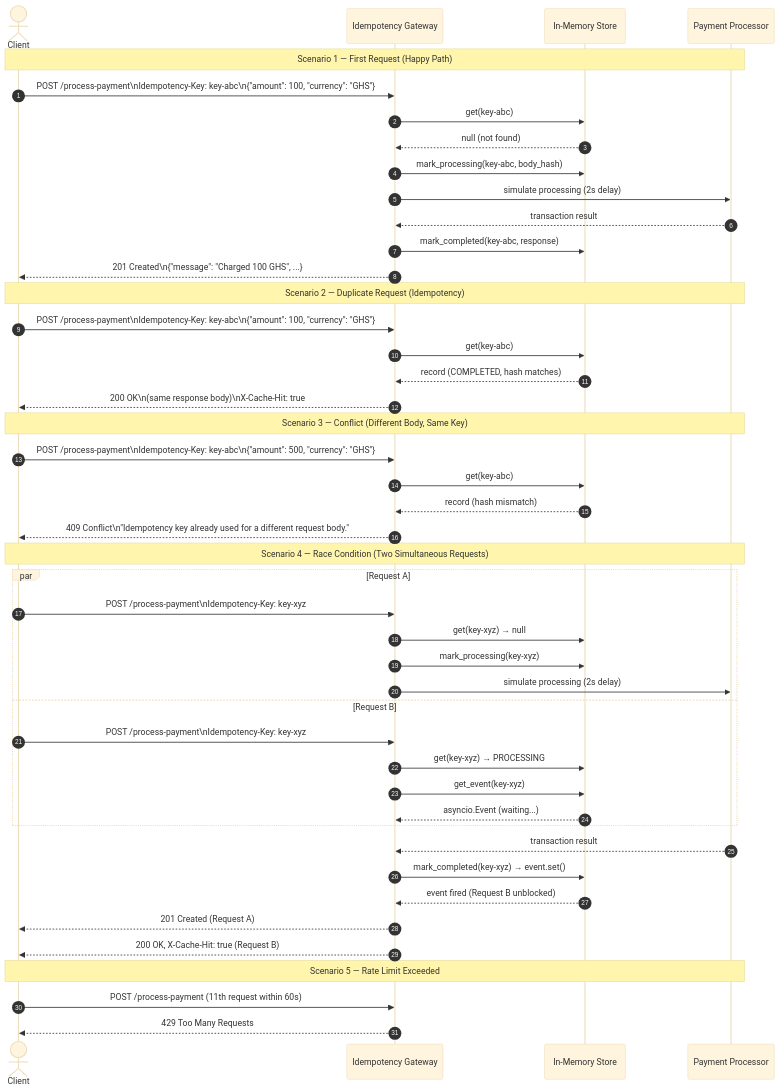
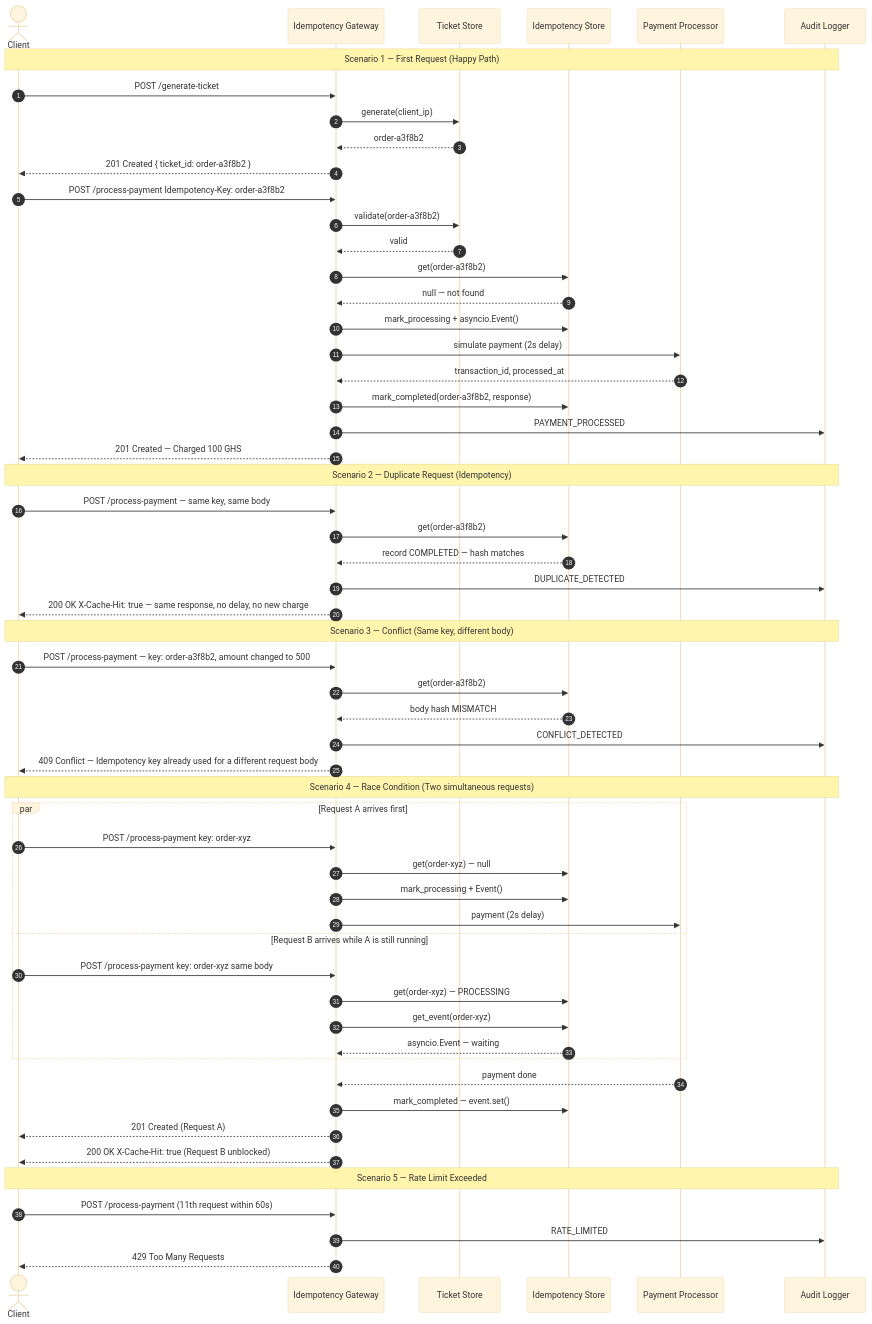
One commit to doanane/Idempotency-Gateway changed the diagram in docs/sequence_diagram.md. Above: the diagram before and after it, drawn with Mermaid (base theme). The commit also changed other lines of this file, not shown here.

Commit message:
update sequence diagram with image and full scenario coverage

````diff
--- a/docs/sequence_diagram.md
+++ b/docs/sequence_diagram.md
@@ -5,52 +9,63 @@
 ```mermaid
 sequenceDiagram
     autonumber
     actor Client
-    participant Gateway as Idempotency Gateway
-    participant Store as In-Memory Store
-    participant Payment as Payment Processor
+    participant GW as Idempotency Gateway
+    participant TS as Ticket Store
+    participant IS as Idempotency Store
+    participant PP as Payment Processor
+    participant AL as Audit Logger
 
-    note over Client,Payment: Scenario 1 — First Request (Happy Path)
-    Client->>Gateway: POST /process-payment\nIdempotency-Key: key-abc\n{"amount": 100, "currency": "GHS"}
-    Gateway->>Store: get(key-abc)
-    Store-->>Gateway: null (not found)
-    Gateway->>Store: mark_processing(key-abc, body_hash)
-    Gateway->>Payment: simulate processing (2s delay)
-    Payment-->>Gateway: transaction result
-    Gateway->>Store: mark_completed(key-abc, response)
-    Gateway-->>Client: 201 Created\n{"message": "Charged 100 GHS", ...}
+    note over Client,AL: Scenario 1 — First Request (Happy Path)
+    Client->>GW: POST /generate-ticket
+    GW->>TS: generate(client_ip)
+    TS-->>GW: order-a3f8b2
+    GW-->>Client: 201 Created { ticket_id: order-a3f8b2 }
+    Client->>GW: POST /process-payment Idempotency-Key: order-a3f8b2
+    GW->>TS: validate(order-a3f8b2)
+    TS-->>GW: valid
+    GW->>IS: get(order-a3f8b2)
+    IS-->>GW: null — not found
+    GW->>IS: mark_processing + asyncio.Event()
+    GW->>PP: simulate payment (2s delay)
+    PP-->>GW: transaction_id, processed_at
+    GW->>IS: mark_completed(order-a3f8b2, response)
+    GW->>AL: PAYMENT_PROCESSED
+    GW-->>Client: 201 Created — Charged 100 GHS
 
-    note over Client,Payment: Scenario 2 — Duplicate Request (Idempotency)
-    Client->>Gateway: POST /process-payment\nIdempotency-Key: key-abc\n{"amount": 100, "currency": "GHS"}
-    Gateway->>Store: get(key-abc)
-    Store-->>Gateway: record (COMPLETED, hash matches)
-    Gateway-->>Client: 200 OK\n(same response body)\nX-Cache-Hit: true
+    note over Client,AL: Scenario 2 — Duplicate Request (Idempotency)
+    Client->>GW: POST /process-payment — same key, same body
+    GW->>IS: get(order-a3f8b2)
+    IS-->>GW: record COMPLETED — hash matches
+    GW->>AL: DUPLICATE_DETECTED
+    GW-->>Client: 200 OK X-Cache-Hit: true — same response, no delay, no new charge
 
-    note over Client,Payment: Scenario 3 — Conflict (Different Body, Same Key)
-    Client->>Gateway: POST /process-payment\nIdempotency-Key: key-abc\n{"amount": 500, "currency": "GHS"}
-    Gateway->>Store: get(key-abc)
-    Store-->>Gateway: record (hash mismatch)
-    Gateway-->>Client: 409 Conflict\n"Idempotency key already used for a different request body."
+    note over Client,AL: Scenario 3 — Conflict (Same key, different body)
+    Client->>GW: POST /process-payment — key: order-a3f8b2, amount changed to 500
+    GW->>IS: get(order-a3f8b2)
+    IS-->>GW: body hash MISMATCH
+    GW->>AL: CONFLICT_DETECTED
+    GW-->>Client: 409 Conflict — Idempotency key already used for a different request body
 
-    note over Client,Payment: Scenario 4 — Race Condition (Two Simultaneous Requests)
-    par Request A
-        Client->>Gateway: POST /process-payment\nIdempotency-Key: key-xyz
-        Gateway->>Store: get(key-xyz) → null
-        Gateway->>Store: mark_processing(key-xyz)
-        Gateway->>Payment: simulate processing (2s delay)
-    and Request B
-        Client->>Gateway: POST /process-payment\nIdempotency-Key: key-xyz
-        Gateway->>Store: get(key-xyz) → PROCESSING
-        Gateway->>Store: get_event(key-xyz)
-        Store-->>Gateway: asyncio.Event (waiting...)
+    note over Client,AL: Scenario 4 — Race Condition (Two simultaneous requests)
+    par Request A arrives first
+        Client->>GW: POST /process-payment key: order-xyz
+        GW->>IS: get(order-xyz) — null
+        GW->>IS: mark_processing + Event()
+        GW->>PP: payment (2s delay)
+    and Request B arrives while A is still running
+        Client->>GW: POST /process-payment key: order-xyz same body
+        GW->>IS: get(order-xyz) — PROCESSING
+        GW->>IS: get_event(order-xyz)
+        IS-->>GW: asyncio.Event — waiting
     end
-    Payment-->>Gateway: transaction result
-    Gateway->>Store: mark_completed(key-xyz) → event.set()
-    Store-->>Gateway: event fired (Request B unblocked)
-    Gateway-->>Client: 201 Created (Request A)
-    Gateway-->>Client: 200 OK, X-Cache-Hit: true (Request B)
+    PP-->>GW: payment done
+    GW->>IS: mark_completed — event.set()
+    GW-->>Client: 201 Created (Request A)
+    GW-->>Client: 200 OK X-Cache-Hit: true (Request B unblocked)
 
-    note over Client,Payment: Scenario 5 — Rate Limit Exceeded
-    Client->>Gateway: POST /process-payment (11th request within 60s)
-    Gateway-->>Client: 429 Too Many Requests
+    note over Client,AL: Scenario 5 — Rate Limit Exceeded
+    Client->>GW: POST /process-payment (11th request within 60s)
+    GW->>AL: RATE_LIMITED
+    GW-->>Client: 429 Too Many Requests
 ```
````
